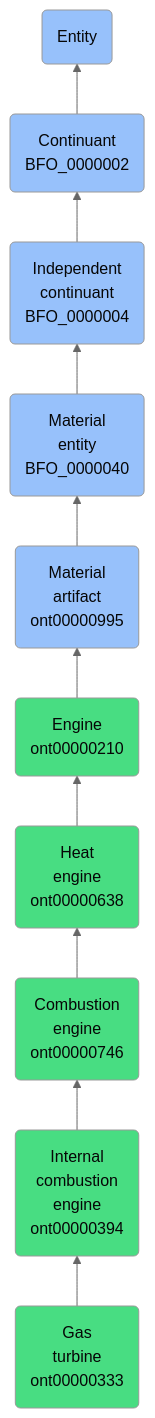
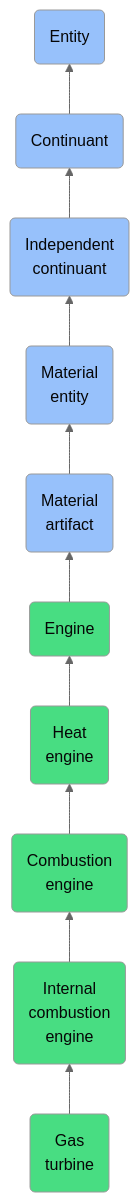
Before and after one commit to jupyter-naas/abi: the diagram in docs/ontology/reference/model/Entity/Continuant/Independent continuant/Material entity/Material artifact/Engine/Heat engine/Combustion engine/Internal combustion engine/Gas turbine/Gas turbine.md, drawn with Mermaid (neutral theme). The commit also changed other lines of this file and 1430 other files, not shown here.

````diff
--- a/docs/ontology/reference/model/Entity/Continuant/Independent continuant/Material entity/Material artifact/Engine/Heat engine/Combustion engine/Internal combustion engine/Gas turbine/Gas turbine.md
+++ b/docs/ontology/reference/model/Entity/Continuant/Independent continuant/Material entity/Material artifact/Engine/Heat engine/Combustion engine/Internal combustion engine/Gas turbine/Gas turbine.md
@@ -24,17 +24,17 @@
 ```mermaid
 graph BT
-    ont00000333(Gas<br>turbine<br>ont00000333):::ABI-->ont00000394
-    ont00000394(Internal<br>combustion<br>engine<br>ont00000394):::ABI-->ont00000746
-    ont00000746(Combustion<br>engine<br>ont00000746):::ABI-->ont00000638
-    ont00000638(Heat<br>engine<br>ont00000638):::ABI-->ont00000210
-    ont00000210(Engine<br>ont00000210):::ABI-->ont00000995
-    ont00000995(Material<br>artifact<br>ont00000995):::BFO-->BFO_0000040
-    BFO_0000040(Material<br>entity<br>BFO_0000040):::BFO-->BFO_0000004
-    BFO_0000004(Independent<br>continuant<br>BFO_0000004):::BFO-->BFO_0000002
-    BFO_0000002(Continuant<br>BFO_0000002):::BFO-->BFO_0000001
+    ont00000333(Gas<br>turbine):::ABI-->ont00000394
+    ont00000394(Internal<br>combustion<br>engine):::ABI-->ont00000746
+    ont00000746(Combustion<br>engine):::ABI-->ont00000638
+    ont00000638(Heat<br>engine):::ABI-->ont00000210
+    ont00000210(Engine):::ABI-->ont00000995
+    ont00000995(Material<br>artifact):::BFO-->BFO_0000040
+    BFO_0000040(Material<br>entity):::BFO-->BFO_0000004
+    BFO_0000004(Independent<br>continuant):::BFO-->BFO_0000002
+    BFO_0000002(Continuant):::BFO-->BFO_0000001
     BFO_0000001(Entity):::BFO
     
     classDef BFO fill:#97c1fb,color:#060606
     classDef CCO fill:#e4c51e,color:#060606
     classDef ABI fill:#48DD82,color:#060606
 ```
````
